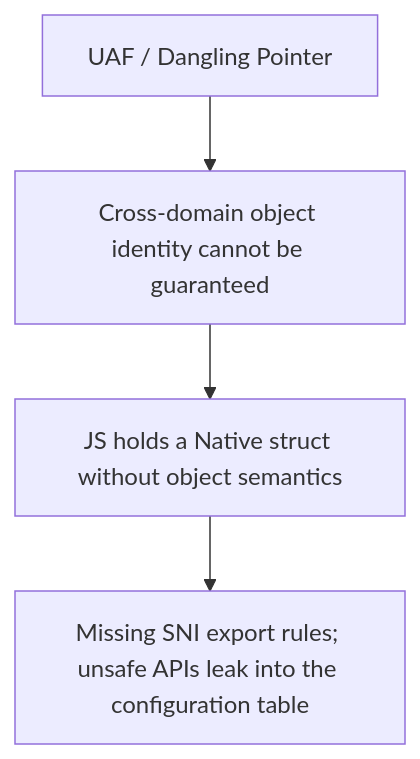
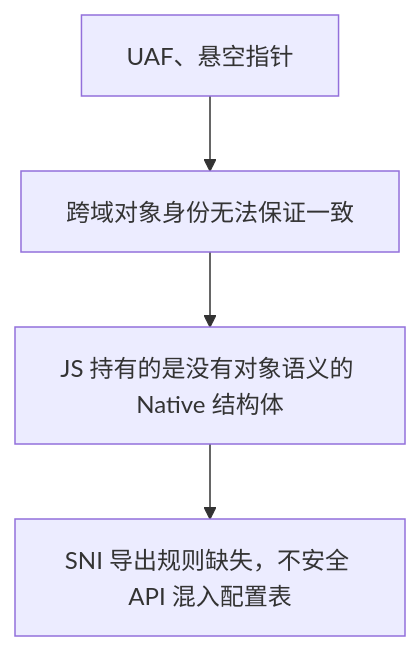
Before and after one commit to ElenixOS/ElenixOS-Docs: the diagram in i18n/en/docusaurus-plugin-content-blog/2026-07-04-sni-architecture-evolution.mdx, drawn with Mermaid. The commit also changed other lines of this file, not shown here.

First line of the commit message:
New translations 2026-07-04-sni-architecture-evolution.mdx (English)

````diff
--- a/i18n/en/docusaurus-plugin-content-blog/2026-07-04-sni-architecture-evolution.mdx
+++ b/i18n/en/docusaurus-plugin-content-blog/2026-07-04-sni-architecture-evolution.mdx
@@ -77,10 +82,10 @@
 ```mermaid
 flowchart TB
-    UAF["UAF / Dangling Pointer"]
-    Identity["Cross-domain object identity cannot be guaranteed"]
-    NoSemantic["JS holds a Native struct without object semantics"]
-    ConfigLeak["Missing SNI export rules; unsafe APIs leak into the configuration table"]
+    UAF["UAF、悬空指针"]
+    Identity["跨域对象身份无法保证一致"]
+    NoSemantic["JS 持有的是没有对象语义的 Native 结构体"]
+    ConfigLeak["SNI 导出规则缺失，不安全 API 混入配置表"]
     UAF --> Identity
     Identity --> NoSemantic
     NoSemantic --> ConfigLeak
 ```
````
